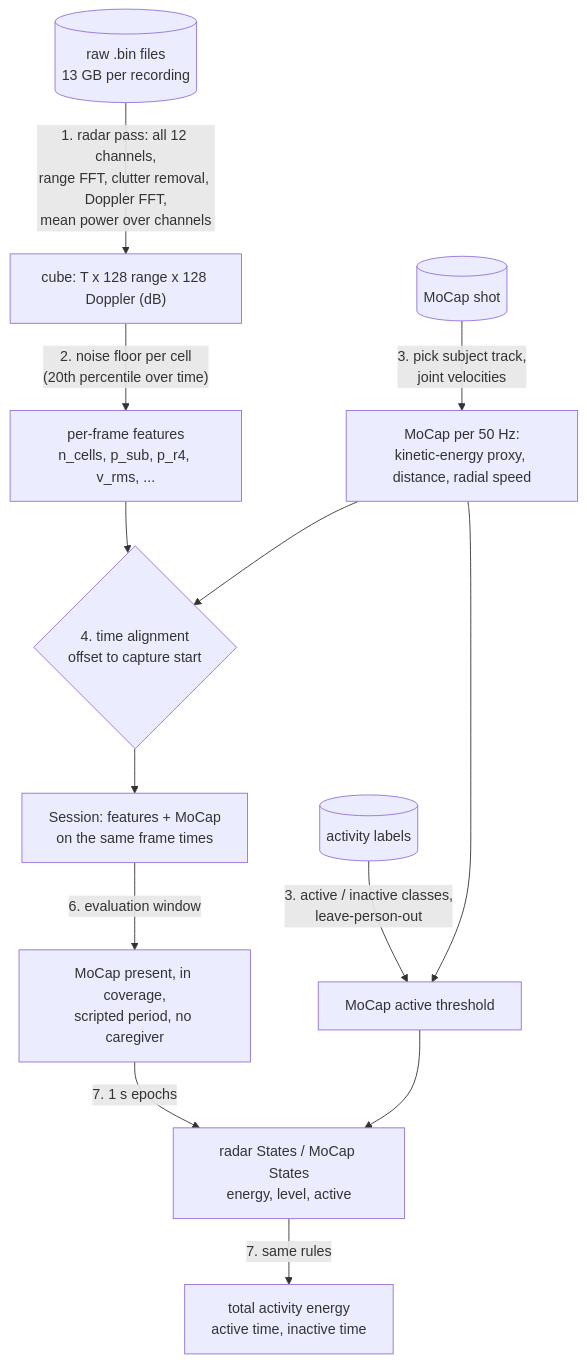
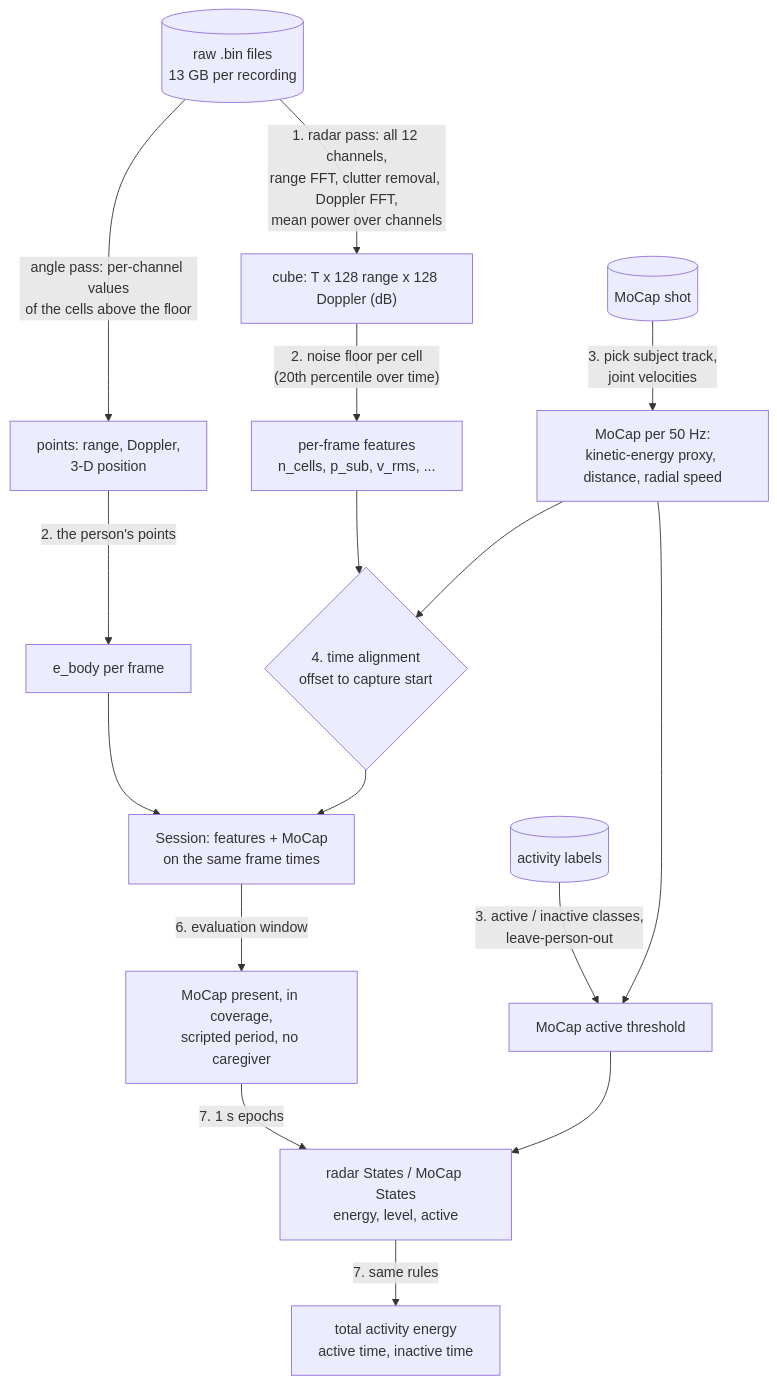
The first of 4 diagrams in docs/category1.md (itsXuanFeng/mobilityIndex), drawn with Mermaid before and after one commit. The commit also changed other lines of this file and 17 other files, not shown here.

````diff
--- a/docs/category1.md
+++ b/docs/category1.md
@@ -41,15 +42,18 @@
 ```mermaid
 flowchart TD
     A[("raw .bin files<br/>13 GB per recording")] -->|"1. radar pass: all 12 channels,<br/>range FFT, clutter removal, Doppler FFT,<br/>mean power over channels"| B["cube: T x 128 range x 128 Doppler (dB)"]
-    B -->|"2. noise floor per cell<br/>(20th percentile over time)"| C["per-frame features<br/>n_cells, p_sub, p_r4, v_rms, ..."]
+    B -->|"2. noise floor per cell<br/>(20th percentile over time)"| C["per-frame features<br/>n_cells, p_sub, v_rms, ..."]
+    A -->|"angle pass: per-channel values<br/>of the cells above the floor"| PT["points: range, Doppler,<br/>3-D position"]
+    PT -->|"2. the person's points"| EB["e_body per frame"]
+    EB --> S
     M[("MoCap shot")] -->|"3. pick subject track,<br/>joint velocities"| G["MoCap per 50 Hz:<br/>kinetic-energy proxy, distance, radial speed"]
     L[("activity labels")] -->|"3. active / inactive classes,<br/>leave-person-out"| TH["MoCap active threshold"]
     G --> TH
     C --> AL{"4. time alignment<br/>offset to capture start"}
     G --> AL
     AL --> S["Session: features + MoCap<br/>on the same frame times"]
     S -->|"6. evaluation window"| W["MoCap present, in coverage,<br/>scripted period, no caregiver"]
     W -->|"7. 1 s epochs"| ST["radar States / MoCap States<br/>energy, level, active"]
     TH --> ST
     ST -->|"7. same rules"| MET["total activity energy<br/>active time, inactive time"]
 ```
````
